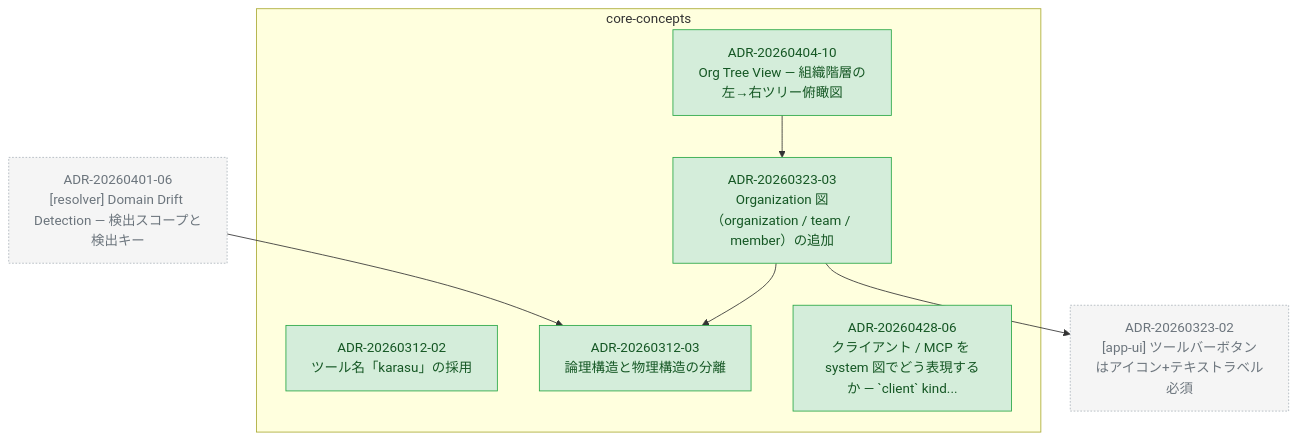
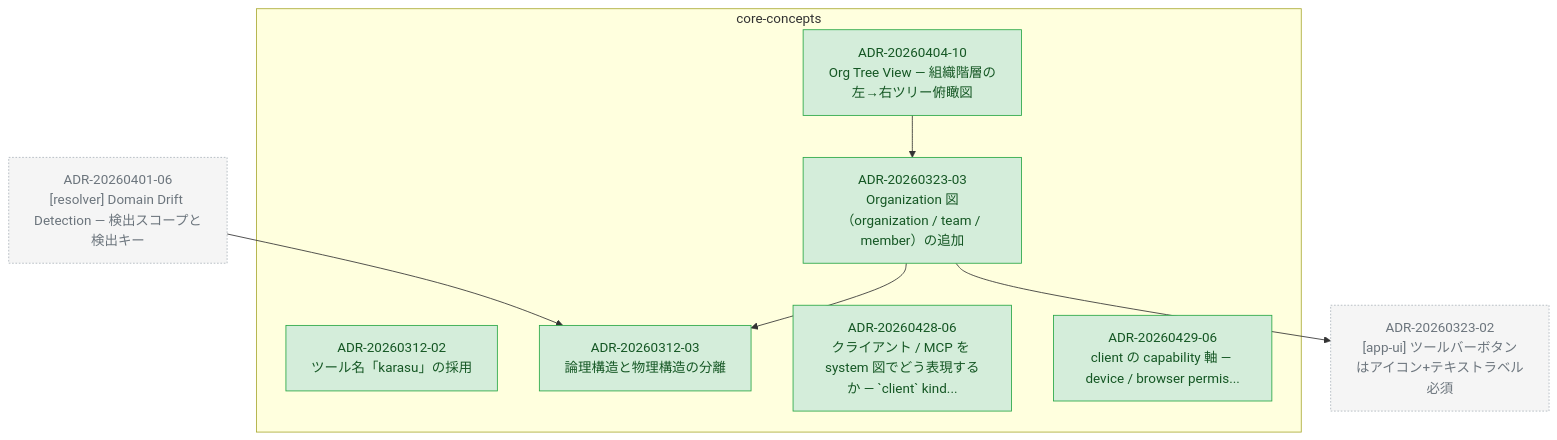
The diagram in docs/adr/graph/core-concepts.md (kompiro/karasu), drawn with Mermaid before and after one commit. The commit also changed other lines of this file and 4 other files, not shown here.

First line of the commit message:
docs(adr): promote client capability design to ADR-20260429-06

````diff
--- a/docs/adr/graph/core-concepts.md
+++ b/docs/adr/graph/core-concepts.md
@@ -6,30 +6,32 @@
 ```mermaid
 flowchart TD
   subgraph core-concepts["core-concepts"]
     ADR_20260312_02["ADR-20260312-02<br/>ツール名「karasu」の採用"]
     ADR_20260312_03["ADR-20260312-03<br/>論理構造と物理構造の分離"]
     ADR_20260323_03["ADR-20260323-03<br/>Organization 図（organization / team / member）の追加"]
     ADR_20260404_10["ADR-20260404-10<br/>Org Tree View — 組織階層の左→右ツリー俯瞰図"]
     ADR_20260428_06["ADR-20260428-06<br/>クライアント / MCP を system 図でどう表現するか — `client` kind..."]
+    ADR_20260429_06["ADR-20260429-06<br/>client の capability 軸 — device / browser permis..."]
   end
   ADR_20260323_02["ADR-20260323-02<br/>[app-ui] ツールバーボタンはアイコン+テキストラベル必須"]
   ADR_20260401_06["ADR-20260401-06<br/>[resolver] Domain Drift Detection — 検出スコープと検出キー"]
   ADR_20260323_03 --> ADR_20260312_03
   ADR_20260323_03 --> ADR_20260323_02
   ADR_20260404_10 --> ADR_20260323_03
   ADR_20260401_06 --> ADR_20260312_03
 
   classDef accepted fill:#d4edda,stroke:#28a745,color:#155724
   classDef proposed fill:#fff3cd,stroke:#ffc107,color:#856404
   classDef deprecated fill:#f8d7da,stroke:#dc3545,color:#721c24
   classDef superseded fill:#e2e3e5,stroke:#6c757d,color:#383d41
   classDef not_adopted fill:#e2e3e5,stroke:#6c757d,color:#383d41,stroke-dasharray:3 3
   classDef ghost fill:#f5f5f5,stroke:#adb5bd,color:#6c757d,stroke-dasharray:2 2
   class ADR_20260312_02 accepted
   class ADR_20260312_03 accepted
   class ADR_20260323_03 accepted
   class ADR_20260404_10 accepted
   class ADR_20260428_06 accepted
+  class ADR_20260429_06 accepted
   class ADR_20260323_02 ghost
   class ADR_20260401_06 ghost
 ```
````
